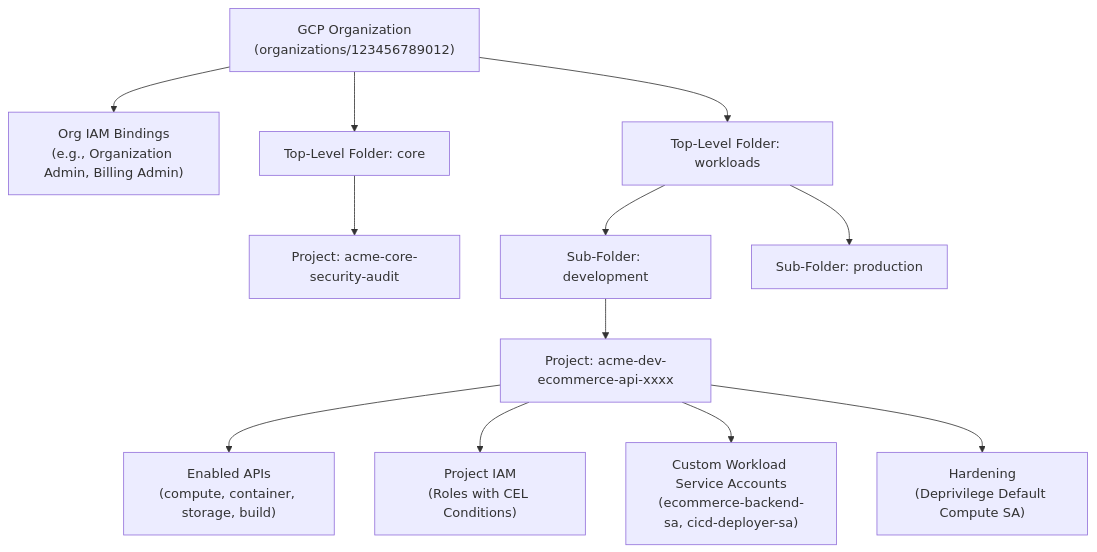
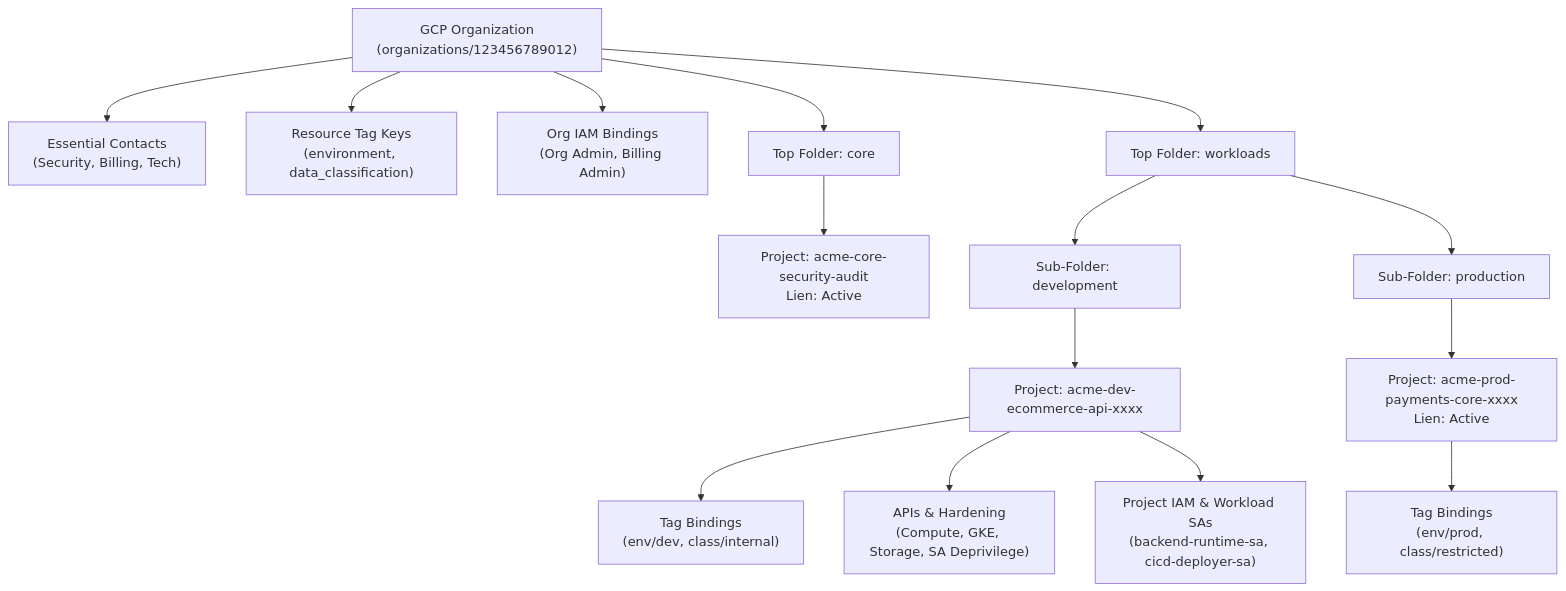
The second of 2 diagrams in foundation-infrastructure/README.md (yuva-cloud-devops/gcp-terraform-custom-modules), drawn with Mermaid before and after one commit. The commit also changed other lines of this file and 20 other files, not shown here.

````diff
--- a/foundation-infrastructure/README.md
+++ b/foundation-infrastructure/README.md
@@ -36,17 +42,23 @@
 ```mermaid
 flowchart TD
     Org["GCP Organization<br/>(organizations/123456789012)"]
-    Org --> OrgBindings["Org IAM Bindings<br/>(e.g., Organization Admin, Billing Admin)"]
-    Org --> TopFolder1["Top-Level Folder: core"]
-    Org --> TopFolder2["Top-Level Folder: workloads"]
+    Org --> Contacts["Essential Contacts<br/>(Security, Billing, Tech)"]
+    Org --> TagKeys["Resource Tag Keys<br/>(environment, data_classification)"]
+    Org --> OrgBindings["Org IAM Bindings<br/>(Org Admin, Billing Admin)"]
 
-    TopFolder1 --> ProjectCore["Project: acme-core-security-audit"]
-    TopFolder2 --> SubFolderDev["Sub-Folder: development"]
-    TopFolder2 --> SubFolderProd["Sub-Folder: production"]
+    Org --> TopCore["Top Folder: core"]
+    Org --> TopWorkloads["Top Folder: workloads"]
 
-    SubFolderDev --> ProjectDev["Project: acme-dev-ecommerce-api-xxxx"]
-    ProjectDev --> APIsDev["Enabled APIs<br/>(compute, container, storage, build)"]
-    ProjectDev --> IAMDev["Project IAM<br/>(Roles with CEL Conditions)"]
-    ProjectDev --> SADev["Custom Workload Service Accounts<br/>(ecommerce-backend-sa, cicd-deployer-sa)"]
-    ProjectDev --> SecDev["Hardening<br/>(Deprivilege Default Compute SA)"]
+    TopCore --> SecProject["Project: acme-core-security-audit<br/>Lien: Active"]
+    TopWorkloads --> SubDev["Sub-Folder: development"]
+    TopWorkloads --> SubProd["Sub-Folder: production"]
+
+    SubDev --> DevProject["Project: acme-dev-ecommerce-api-xxxx"]
+    SubProd --> ProdProject["Project: acme-prod-payments-core-xxxx<br/>Lien: Active"]
+
+    DevProject --> TagBindDev["Tag Bindings<br/>(env/dev, class/internal)"]
+    ProdProject --> TagBindProd["Tag Bindings<br/>(env/prod, class/restricted)"]
+
+    DevProject --> DevAPIs["APIs & Hardening<br/>(Compute, GKE, Storage, SA Deprivilege)"]
+    DevProject --> DevIAM["Project IAM & Workload SAs<br/>(backend-runtime-sa, cicd-deployer-sa)"]
 ```
````
